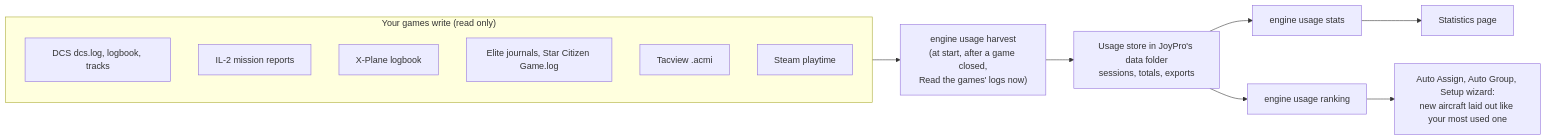
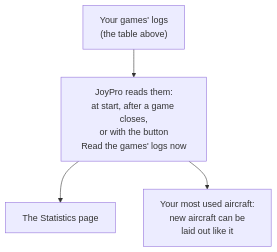
The diagram in website/content/gui/statistics.md (Holdi601/JoystickProfiler2), drawn with Mermaid before and after one commit. The commit also changed other lines of this file and 718 other files, not shown here.

Commit message:
JoyPro2 2.7.0

````diff
--- a/website/content/gui/statistics.md
+++ b/website/content/gui/statistics.md
@@ -19,17 +29,7 @@
 ```mermaid
-flowchart LR
-  subgraph Games["Your games write (read only)"]
-    A["DCS dcs.log, logbook, tracks"]
-    B["IL-2 mission reports"]
-    C["X-Plane logbook"]
-    D["Elite journals, Star Citizen Game.log"]
-    E["Tacview .acmi"]
-    F["Steam playtime"]
-  end
-  Games --> H["engine usage harvest<br/>(at start, after a game closed,<br/>Read the games' logs now)"]
-  H --> S["Usage store in JoyPro's data folder<br/>sessions, totals, exports"]
-  S --> T["engine usage stats"]
-  T --> P["Statistics page"]
-  S --> R["engine usage ranking"]
-  R --> X["Auto Assign, Auto Group, Setup wizard:<br/>new aircraft laid out like your most used one"]
+flowchart TD
+  G["Your games' logs<br/>(the table above)"] --> S["JoyPro reads them:<br/>at start, after a game closes,<br/>or with the button<br/>Read the games' logs now"]
+  S --> P["The Statistics page"]
+  S --> R["Your most used aircraft:<br/>new aircraft can be<br/>laid out like it"]
+%% caption: JoyPro only reads what your games wrote. Everything stays on your PC.
 ```
````
